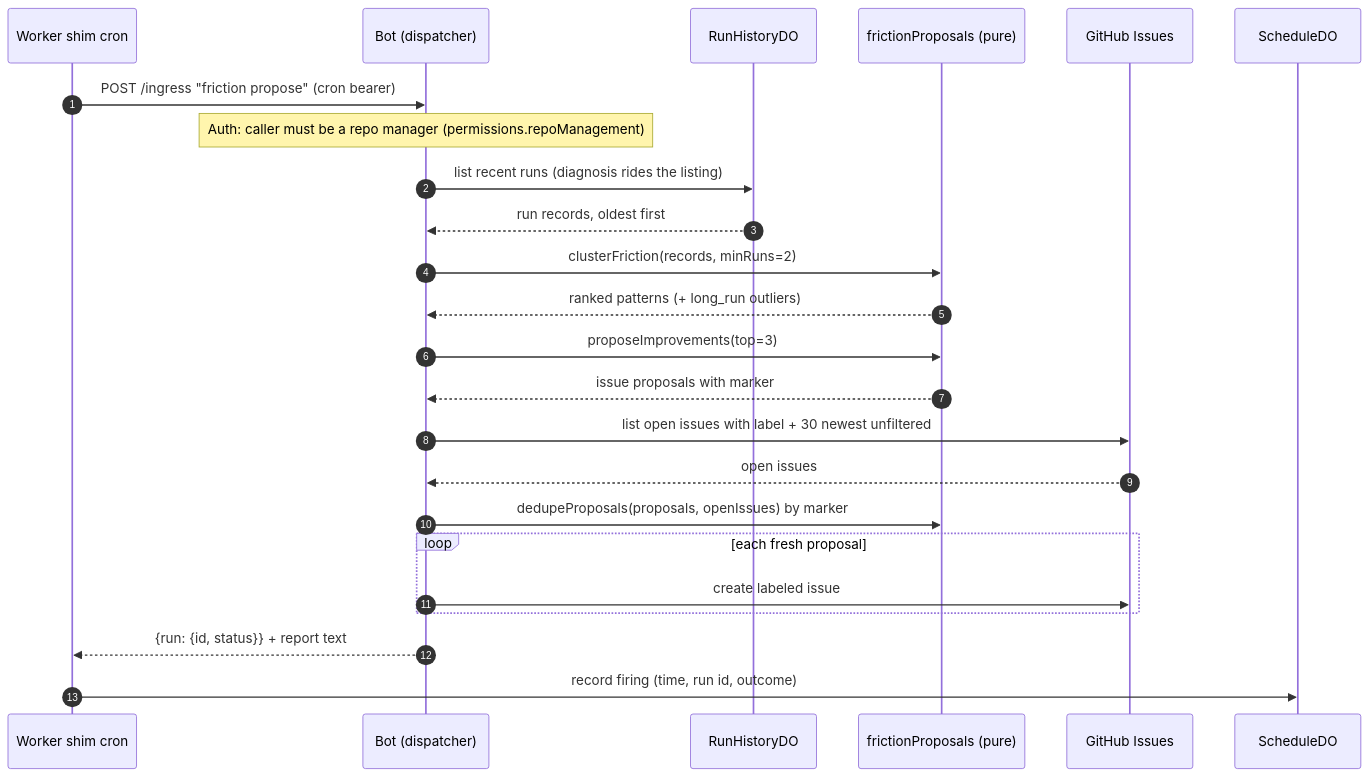
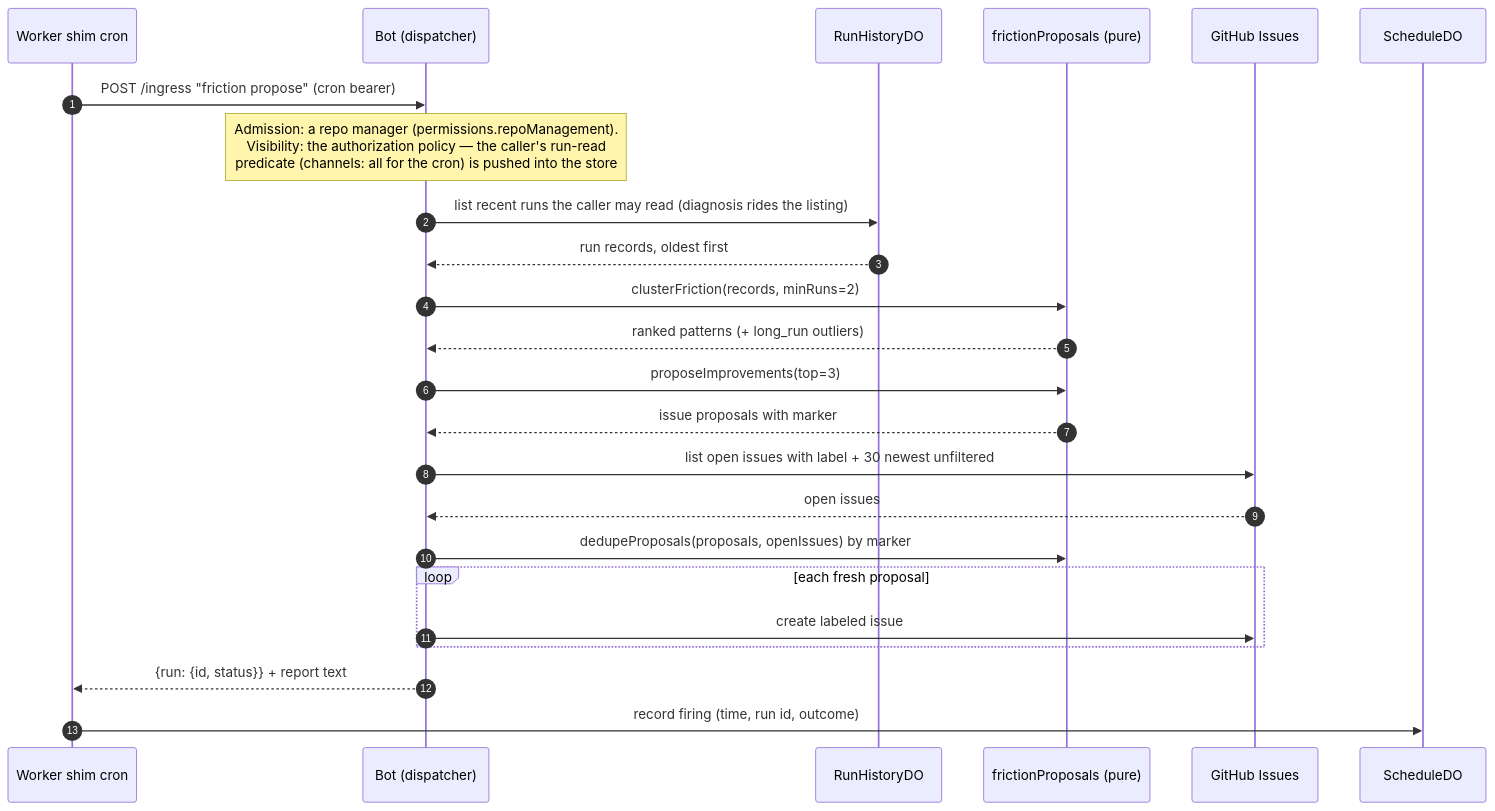
One commit to coreplanelabs/switchboard changed the third of 4 diagrams in docs/self-improvement-architecture.md. Above: the diagram before and after it, drawn with Mermaid. The commit also changed other lines of this file and 60 other files, not shown here.

````diff
--- a/docs/self-improvement-architecture.md
+++ b/docs/self-improvement-architecture.md
@@ -81,27 +81,27 @@
 ```mermaid
 sequenceDiagram
     autonumber
     participant Shim as Worker shim cron
     participant Bot as Bot (dispatcher)
     participant Store as RunHistoryDO
     participant Core as frictionProposals (pure)
     participant GH as GitHub Issues
     participant SDO as ScheduleDO
 
     Shim->>Bot: POST /ingress "friction propose" (cron bearer)
-    Note over Bot: Auth: caller must be a repo manager (permissions.repoManagement)
-    Bot->>Store: list recent runs (diagnosis rides the listing)
+    Note over Bot: Admission: a repo manager (permissions.repoManagement).<br/>Visibility: the authorization policy — the caller's run-read<br/>predicate (channels: all for the cron) is pushed into the store
+    Bot->>Store: list recent runs the caller may read (diagnosis rides the listing)
     Store-->>Bot: run records, oldest first
     Bot->>Core: clusterFriction(records, minRuns=2)
     Core-->>Bot: ranked patterns (+ long_run outliers)
     Bot->>Core: proposeImprovements(top=3)
     Core-->>Bot: issue proposals with marker
     Bot->>GH: list open issues with label + 30 newest unfiltered
     GH-->>Bot: open issues
     Bot->>Core: dedupeProposals(proposals, openIssues) by marker
     loop each fresh proposal
         Bot->>GH: create labeled issue
     end
     Bot-->>Shim: {run: {id, status}} + report text
     Shim->>SDO: record firing (time, run id, outcome)
 ```
````
